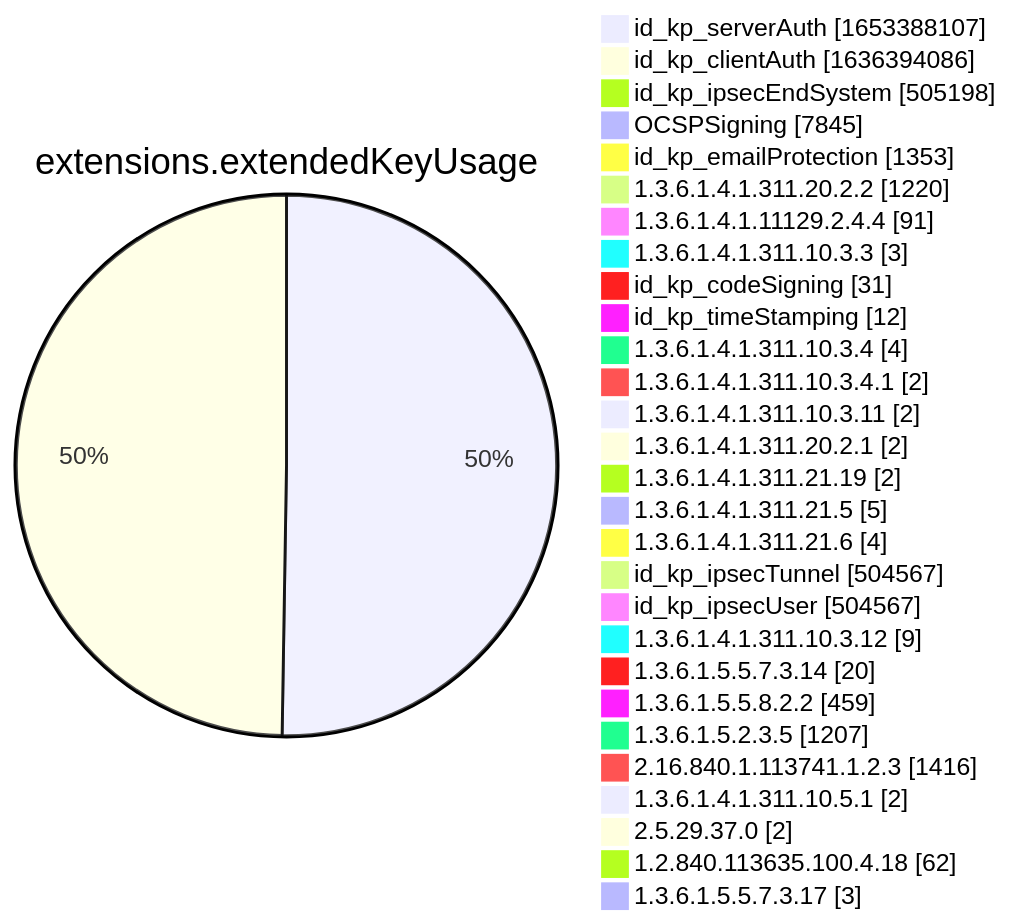
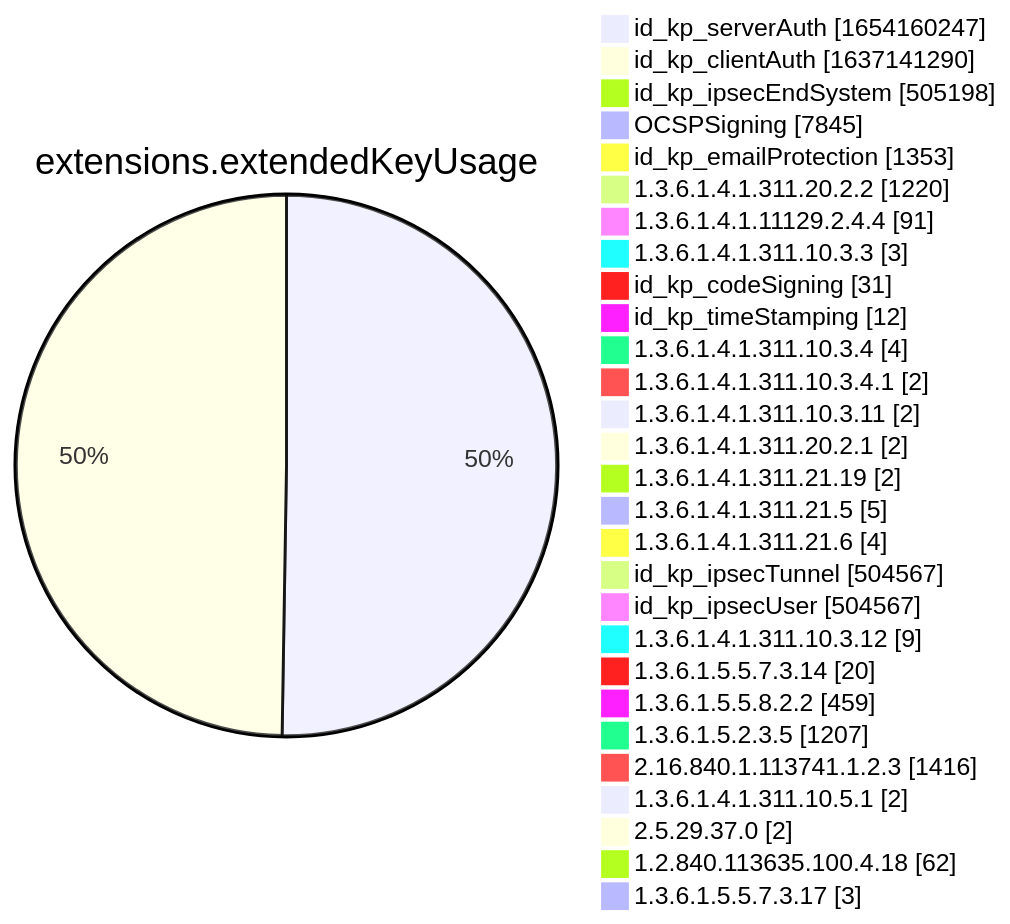
Diagram 12 of 15 in xenon2022/README.md (christiankrug/ctmonitor_visualization), drawn with Mermaid before and after one commit. The commit also changed other lines of this file, not shown here.

````diff
--- a/xenon2022/README.md
+++ b/xenon2022/README.md
@@ -3886,32 +3886,32 @@
 ```mermaid
 pie showData
 title extensions.extendedKeyUsage
-"id_kp_serverAuth" :1653388107
-"id_kp_clientAuth" :1636394086
+"id_kp_serverAuth" :1654160247
+"id_kp_clientAuth" :1637141290
 "id_kp_ipsecEndSystem" :505198
 "OCSPSigning" :7845
 "id_kp_emailProtection" :1353
 "1.3.6.1.4.1.311.20.2.2" :1220
 "1.3.6.1.4.1.11129.2.4.4" :91
 "1.3.6.1.4.1.311.10.3.3" :3
 "id_kp_codeSigning" :31
 "id_kp_timeStamping" :12
 "1.3.6.1.4.1.311.10.3.4" :4
 "1.3.6.1.4.1.311.10.3.4.1" :2
 "1.3.6.1.4.1.311.10.3.11" :2
 "1.3.6.1.4.1.311.20.2.1" :2
 "1.3.6.1.4.1.311.21.19" :2
 "1.3.6.1.4.1.311.21.5" :5
 "1.3.6.1.4.1.311.21.6" :4
 "id_kp_ipsecTunnel" :504567
 "id_kp_ipsecUser" :504567
 "1.3.6.1.4.1.311.10.3.12" :9
 "1.3.6.1.5.5.7.3.14" :20
 "1.3.6.1.5.5.8.2.2" :459
 "1.3.6.1.5.2.3.5" :1207
 "2.16.840.1.113741.1.2.3" :1416
 "1.3.6.1.4.1.311.10.5.1" :2
 "2.5.29.37.0" :2
 "1.2.840.113635.100.4.18" :62
 "1.3.6.1.5.5.7.3.17" :3
 ```
````
